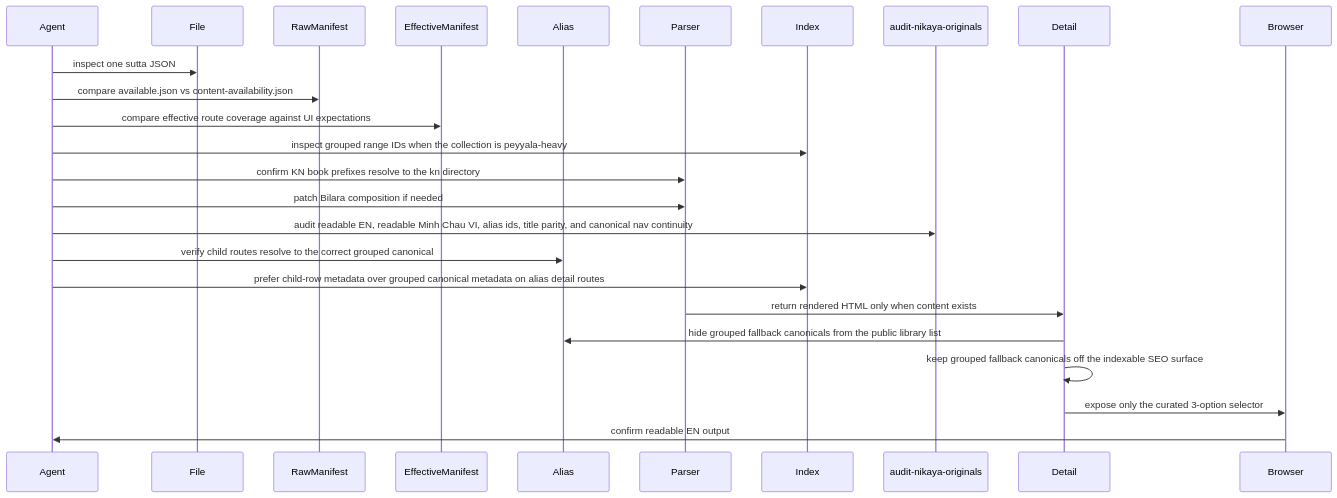
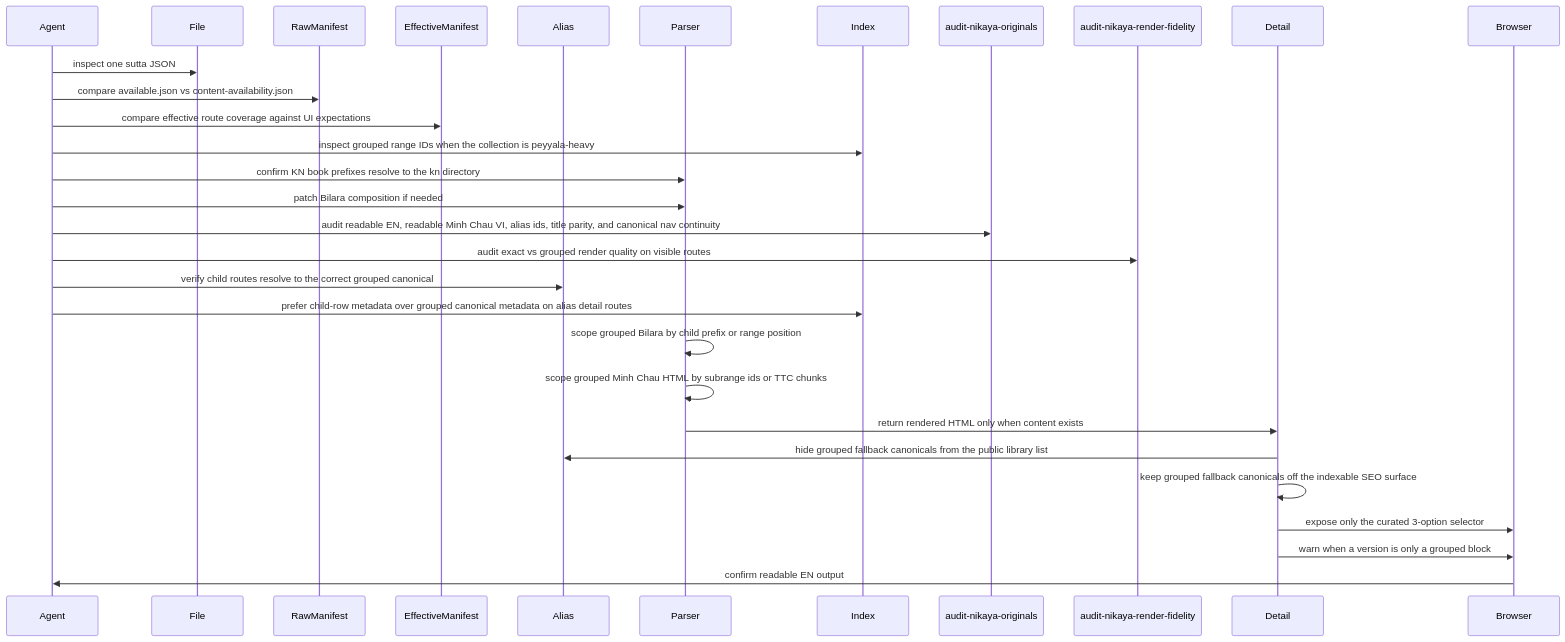
Before and after one commit to cschanhniem/cschanhniem.github.io: the ninth of 16 diagrams in SKILL.md, drawn with Mermaid. The commit also changed other lines of this file and 358 other files, not shown here.

````diff
--- a/SKILL.md
+++ b/SKILL.md
@@ -220,28 +245,33 @@
 ```mermaid
 sequenceDiagram
     participant Agent
     participant File
     participant RawManifest
     participant EffectiveManifest
     participant Alias
     participant Parser
     participant Index
     participant Originals as audit-nikaya-originals
+    participant Fidelity as audit-nikaya-render-fidelity
     participant Detail
     participant Browser
 
     Agent->>File: inspect one sutta JSON
     Agent->>RawManifest: compare available.json vs content-availability.json
     Agent->>EffectiveManifest: compare effective route coverage against UI expectations
     Agent->>Index: inspect grouped range IDs when the collection is peyyala-heavy
     Agent->>Parser: confirm KN book prefixes resolve to the kn directory
     Agent->>Parser: patch Bilara composition if needed
     Agent->>Originals: audit readable EN, readable Minh Chau VI, alias ids, title parity, and canonical nav continuity
+    Agent->>Fidelity: audit exact vs grouped render quality on visible routes
     Agent->>Alias: verify child routes resolve to the correct grouped canonical
     Agent->>Index: prefer child-row metadata over grouped canonical metadata on alias detail routes
+    Parser->>Parser: scope grouped Bilara by child prefix or range position
+    Parser->>Parser: scope grouped Minh Chau HTML by subrange ids or TTC chunks
     Parser->>Detail: return rendered HTML only when content exists
     Detail->>Alias: hide grouped fallback canonicals from the public library list
     Detail->>Detail: keep grouped fallback canonicals off the indexable SEO surface
     Detail->>Browser: expose only the curated 3-option selector
+    Detail->>Browser: warn when a version is only a grouped block
     Browser->>Agent: confirm readable EN output
 ```
````
